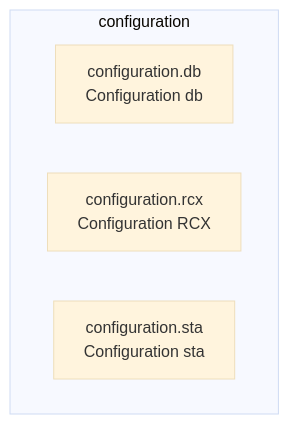
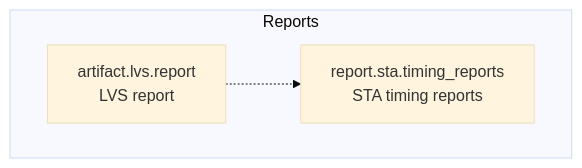
Before and after one commit to openecos-projects/ecc: the sixth of 45 diagrams in .github/signoff-board/signoff-kanban.md, drawn with Mermaid (base theme). The commit also changed other lines of this file and 4 other files, not shown here.

````diff
--- a/.github/signoff-board/signoff-kanban.md
+++ b/.github/signoff-board/signoff-kanban.md
@@ -82,8 +234,8 @@
 ```mermaid
 flowchart TB
-  subgraph cat_configuration["configuration"]
-    configuration_db["configuration.db<br/>Configuration db"]
-    configuration_rcx["configuration.rcx<br/>Configuration RCX"]
-    configuration_sta["configuration.sta<br/>Configuration sta"]
+  subgraph cat_report["Reports"]
+    artifact_lvs_report["artifact.lvs.report<br/>LVS report"]
+    report_sta_timing_reports["report.sta.timing_reports<br/>STA timing reports"]
   end
+  artifact_lvs_report -.-> report_sta_timing_reports
 ```
````
